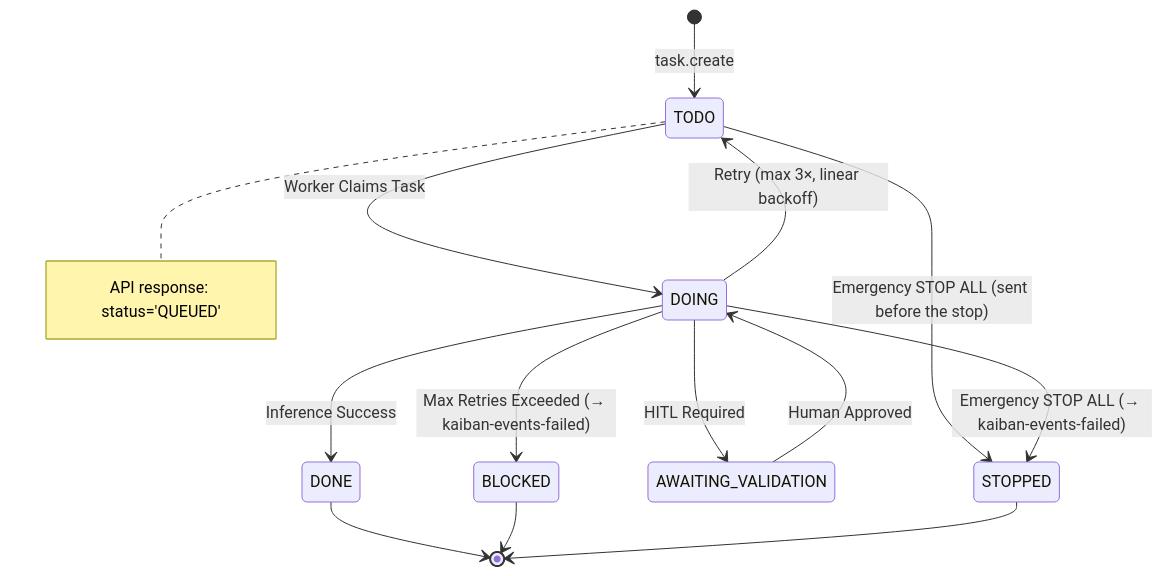
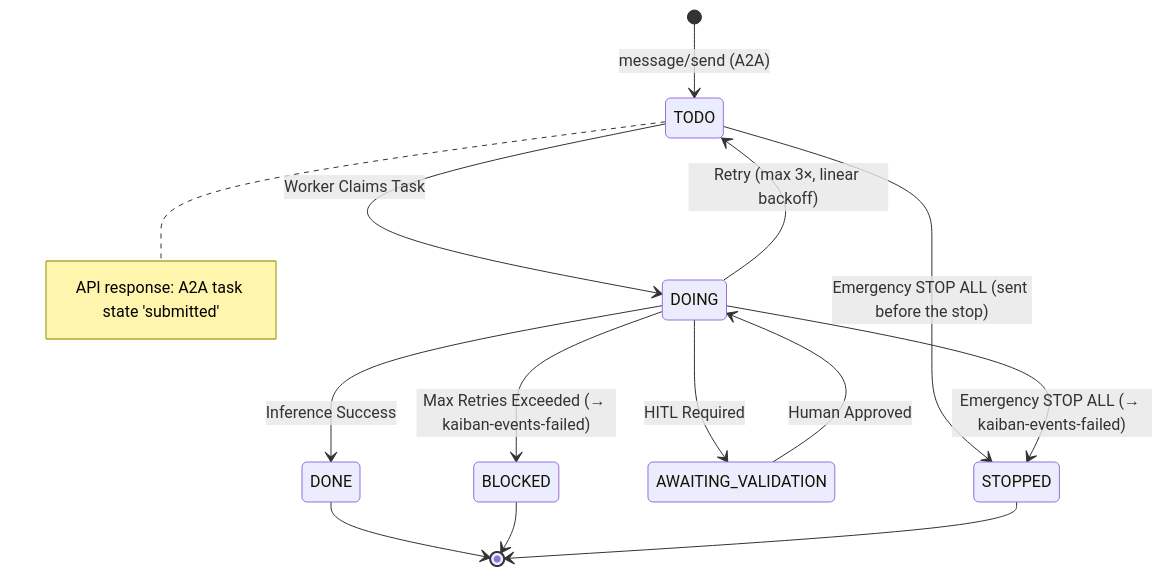
One commit to andreibesleaga/kaiban-distributed changed the fourth of 4 diagrams in README.md. Above: the diagram before and after it, drawn with Mermaid. The commit also changed other lines of this file and 21 other files, not shown here.

````diff
--- a/README.md
+++ b/README.md
@@ -283,22 +283,22 @@
 ```mermaid
 stateDiagram-v2
-    [*] --> TODO : task.create
+    [*] --> TODO : message/send (A2A)
     note right of TODO
-        API response: status='QUEUED'
+        API response: A2A task state 'submitted'
     end note
     TODO --> DOING : Worker Claims Task
 
     DOING --> DONE : Inference Success
     DOING --> TODO : Retry (max 3×, linear backoff)
     DOING --> BLOCKED : Max Retries Exceeded (→ kaiban-events-failed)
 
     DOING --> AWAITING_VALIDATION : HITL Required
     AWAITING_VALIDATION --> DOING : Human Approved
 
     TODO --> STOPPED : Emergency STOP ALL (sent before the stop)
     DOING --> STOPPED : Emergency STOP ALL (→ kaiban-events-failed)
 
     DONE --> [*]
     BLOCKED --> [*]
     STOPPED --> [*]
 ```
````
